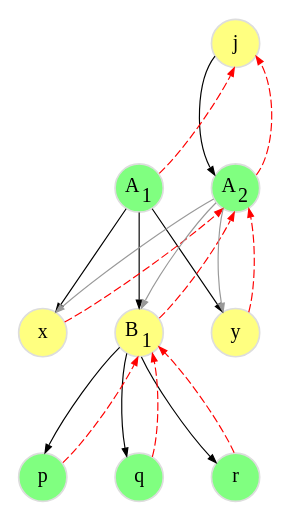
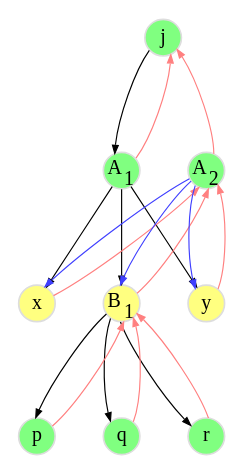
Before and after one commit to flatcap/dparted: the diagram in d3.gv, drawn with Graphviz. The commit also changed 3 other files, not shown here.

```diff
--- a/d3.gv
+++ b/d3.gv
@@ -1,59 +1,58 @@
-digraph delete_new {
+digraph d {
 	graph [
 		rankdir="TB"
 		bgcolor="white"
 		color="white"
 		nodesep="0.4"
 		ranksep="0.8"
 	];
 
 	node [
 		fontsize="12"
 		style="solid"
-		width="0.4"
-		height="0.4"
+		width="0.3"
+		height="0.3"
 		fixedsize="true"
 		penwidth="1.0"
 		color="#DDDDDD"
 	];
 
 	edge [
 		penwidth="0.7"
 		color="#000000"
 		arrowsize="0.5"
 	];
 
 
-	j  [ label=<j>             style="filled" fillcolor="#ffff80" ];
+	j  [ label=<j>             style="filled" fillcolor="#80ff80" ];
 	a1 [ label=<A<SUB>1</SUB>> style="filled" fillcolor="#80ff80" ];
 	x  [ label=<x>             style="filled" fillcolor="#ffff80" ];
 	b1 [ label=<B<SUB>1</SUB>> style="filled" fillcolor="#ffff80" ];
 	y  [ label=<y>             style="filled" fillcolor="#ffff80" ];
 	p  [ label=<p>             style="filled" fillcolor="#80ff80" ];
 	q  [ label=<q>             style="filled" fillcolor="#80ff80" ];
 	r  [ label=<r>             style="filled" fillcolor="#80ff80" ];
 	a2 [ label=<A<SUB>2</SUB>> style="filled" fillcolor="#80ff80" ];
 
-	j  -> a1  [ style=invis  ];
-	j  -> a2;
-	a1 -> j   [ style=dashed color="#ff0000" ];
+	j  -> a1;
+	a1 -> j   [ color="#ff8080" ];
 	a1 -> x;
-	x  -> a2  [ style=dashed color="#ff0000" constraint=false ];
+	x  -> a2  [ color="#ff8080" constraint=false ];
 	a1 -> b1;
-	b1 -> a2  [ style=dashed color="#ff0000" constraint=false ];
+	b1 -> a2  [ color="#ff8080" constraint=false ];
 	a1 -> y;
-	y  -> a2  [ style=dashed color="#ff0000" constraint=false ];
+	y  -> a2  [ color="#ff8080" constraint=false ];
 	b1 -> p;
-	p  -> b1  [ style=dashed color="#ff0000" ];
+	p  -> b1  [ color="#ff8080" ];
 	b1 -> q;
-	q  -> b1  [ style=dashed color="#ff0000" ];
+	q  -> b1  [ color="#ff8080" ];
 	b1 -> r;
-	r  -> b1  [ style=dashed color="#ff0000" ];
+	r  -> b1  [ color="#ff8080" ];
 
-	j  -> a2 [ style=invis ];
+	j -> a2 [ style=invis ];
 
-	a2 -> j  [ color="#ff0000" style=dashed     ];
-	a2 -> x  [ color="#999999" constraint=false ];
-	a2 -> b1 [ color="#999999" constraint=false ];
-	a2 -> y  [ color="#999999" constraint=false ];
+	a2 -> j  [ color="#ff8080"     ];
+	a2 -> x  [ color="#4040ff" constraint=false ];
+	a2 -> b1 [ color="#4040ff" constraint=false ];
+	a2 -> y  [ color="#4040ff" constraint=false ];
 }
```
